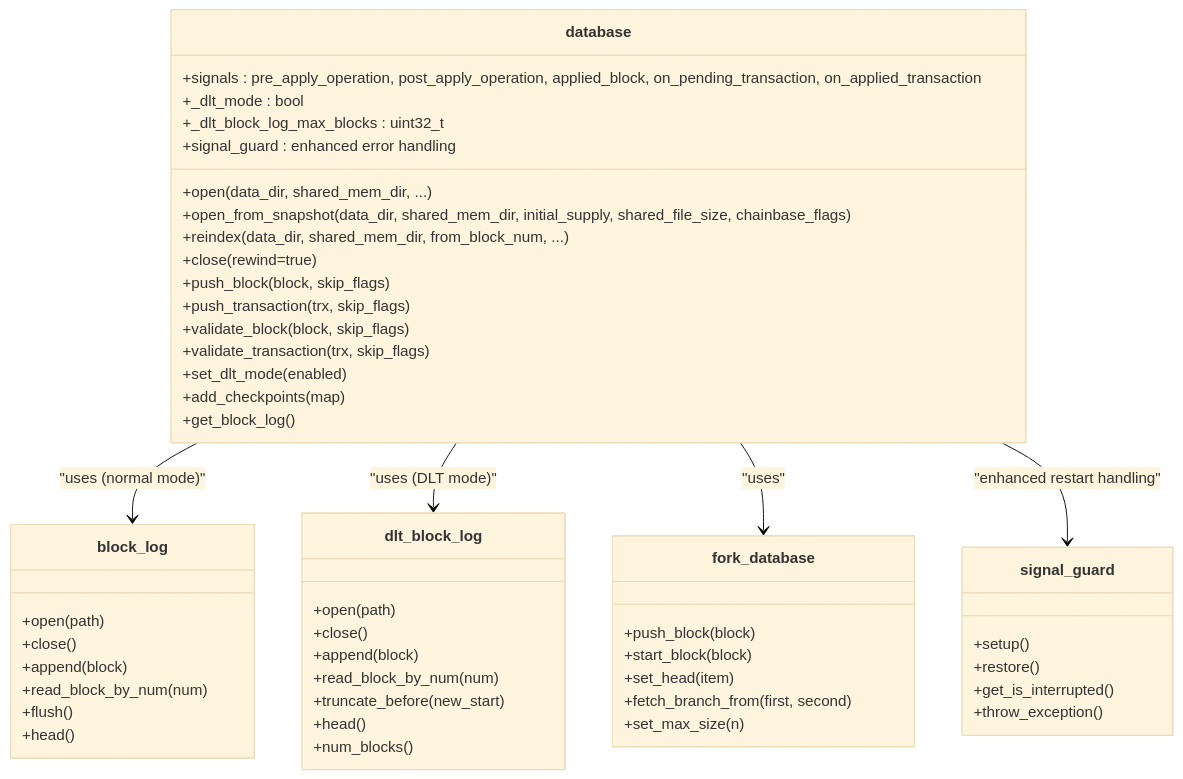
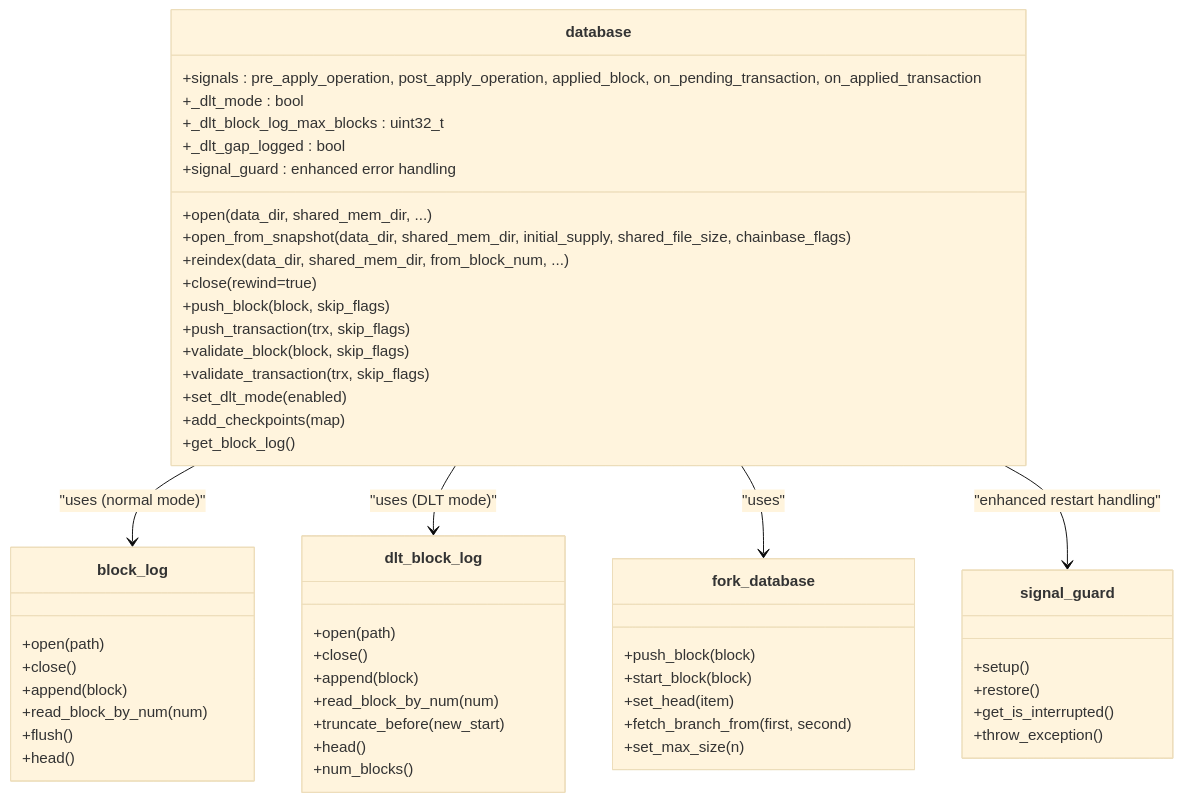
One commit to VIZ-Blockchain/viz-cpp-node changed the second of 13 diagrams in .qoder/repowiki/en/content/Architecture Overview/Core Libraries/Chain Library/Database Management/Database Management.md. Above: the diagram before and after it, drawn with Mermaid (base theme). The commit also changed other lines of this file and 4 other files, not shown here.

````diff
--- a/.qoder/repowiki/en/content/Architecture Overview/Core Libraries/Chain Library/Database Management/Database Management.md
+++ b/.qoder/repowiki/en/content/Architecture Overview/Core Libraries/Chain Library/Database Management/Database Management.md
@@ -125,54 +129,55 @@
 ```mermaid
 classDiagram
 class database {
 +open(data_dir, shared_mem_dir, ...)
 +open_from_snapshot(data_dir, shared_mem_dir, initial_supply, shared_file_size, chainbase_flags)
 +reindex(data_dir, shared_mem_dir, from_block_num, ...)
 +close(rewind=true)
 +push_block(block, skip_flags)
 +push_transaction(trx, skip_flags)
 +validate_block(block, skip_flags)
 +validate_transaction(trx, skip_flags)
 +set_dlt_mode(enabled)
 +add_checkpoints(map)
 +get_block_log()
 +signals : pre_apply_operation, post_apply_operation, applied_block, on_pending_transaction, on_applied_transaction
 +_dlt_mode : bool
 +_dlt_block_log_max_blocks : uint32_t
++_dlt_gap_logged : bool
 +signal_guard : enhanced error handling
 }
 class block_log {
 +open(path)
 +close()
 +append(block)
 +read_block_by_num(num)
 +flush()
 +head()
 }
 class dlt_block_log {
 +open(path)
 +close()
 +append(block)
 +read_block_by_num(num)
 +truncate_before(new_start)
 +head()
 +num_blocks()
 }
 class fork_database {
 +push_block(block)
 +start_block(block)
 +set_head(item)
 +fetch_branch_from(first, second)
 +set_max_size(n)
 }
 class signal_guard {
 +setup()
 +restore()
 +get_is_interrupted()
 +throw_exception()
 }
 database --> block_log : "uses (normal mode)"
 database --> dlt_block_log : "uses (DLT mode)"
 database --> fork_database : "uses"
 database --> signal_guard : "enhanced restart handling"
 ```
````
